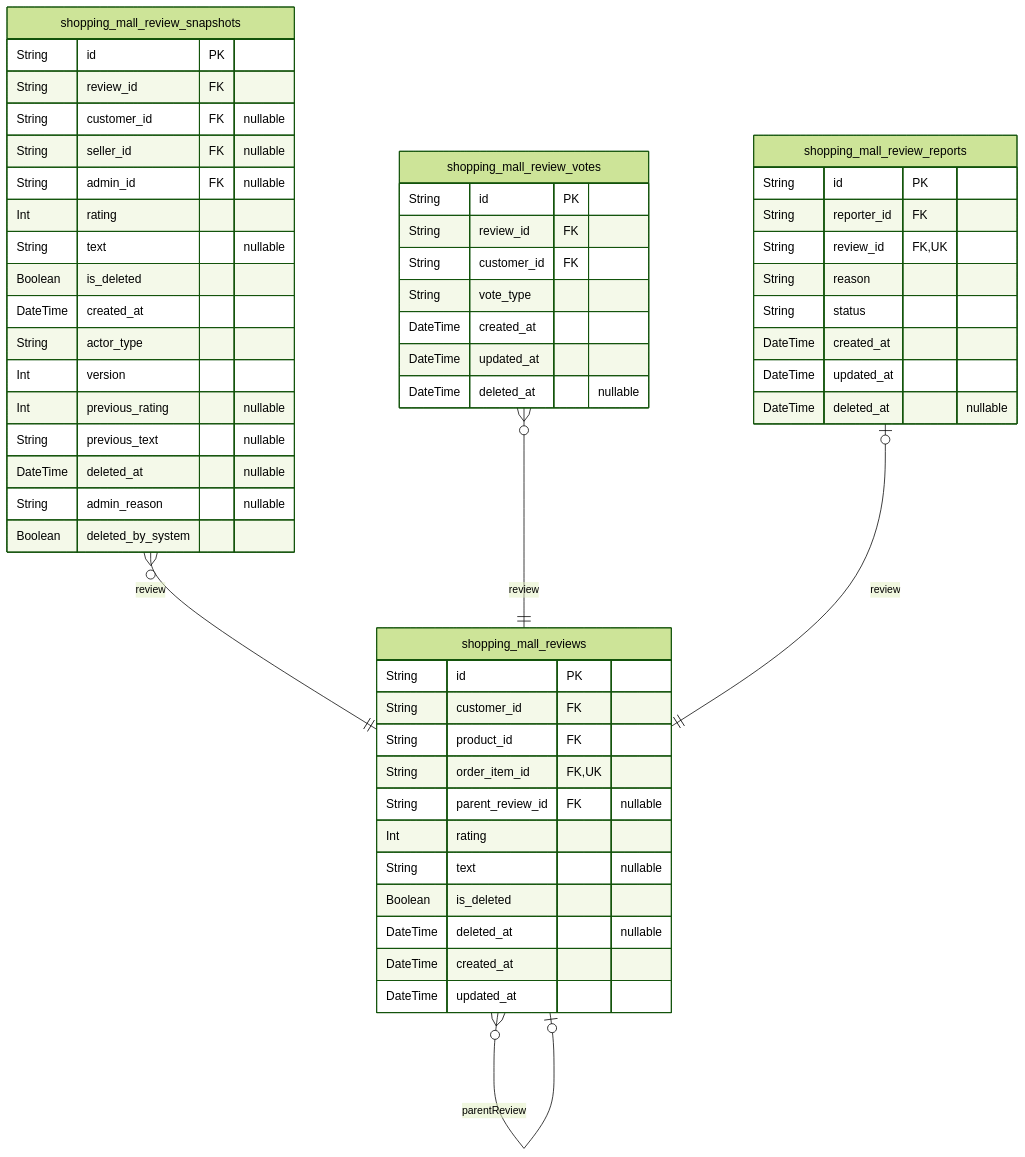
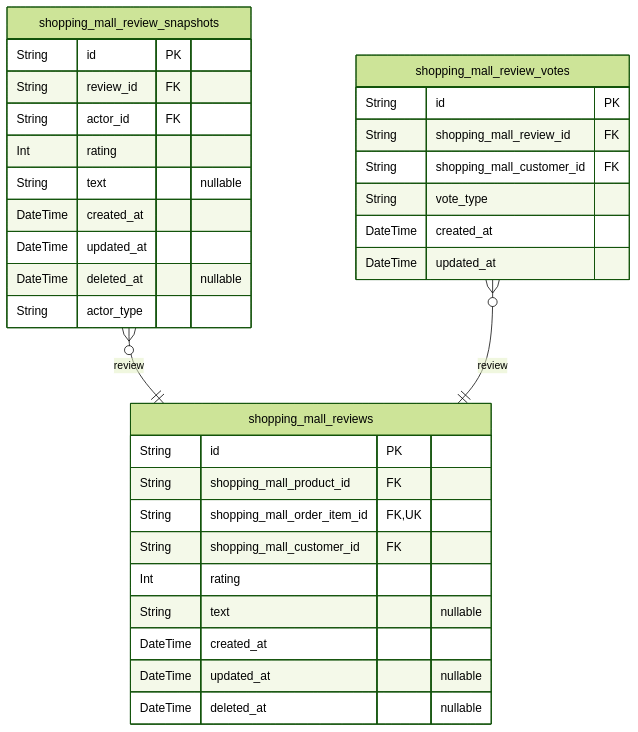
The tenth of 12 diagrams in qwen/qwen3-next-80b-a3b-instruct/shopping/docs/ERD.md (wrtnlabs/autobe-examples), drawn with Mermaid (forest theme) before and after one commit. The commit also changed other lines of this file and 11104 other files, not shown here.

````diff
--- a/qwen/qwen3-next-80b-a3b-instruct/shopping/docs/ERD.md
+++ b/qwen/qwen3-next-80b-a3b-instruct/shopping/docs/ERD.md
@@ -2149,57 +1485,35 @@
 ```mermaid
 erDiagram
 "shopping_mall_reviews" {
   String id PK
-  String customer_id FK
-  String product_id FK
-  String order_item_id FK,UK
-  String parent_review_id FK "nullable"
+  String shopping_mall_product_id FK
+  String shopping_mall_order_item_id FK,UK
+  String shopping_mall_customer_id FK
   Int rating
   String text "nullable"
-  Boolean is_deleted
+  DateTime created_at
+  DateTime updated_at "nullable"
   DateTime deleted_at "nullable"
-  DateTime created_at
-  DateTime updated_at
 }
 "shopping_mall_review_snapshots" {
   String id PK
   String review_id FK
-  String customer_id FK "nullable"
-  String seller_id FK "nullable"
-  String admin_id FK "nullable"
+  String actor_id FK
   Int rating
   String text "nullable"
-  Boolean is_deleted
   DateTime created_at
+  DateTime updated_at
+  DateTime deleted_at "nullable"
   String actor_type
-  Int version
-  Int previous_rating "nullable"
-  String previous_text "nullable"
-  DateTime deleted_at "nullable"
-  String admin_reason "nullable"
-  Boolean deleted_by_system
 }
 "shopping_mall_review_votes" {
   String id PK
-  String review_id FK
-  String customer_id FK
+  String shopping_mall_review_id FK
+  String shopping_mall_customer_id FK
   String vote_type
   DateTime created_at
   DateTime updated_at
-  DateTime deleted_at "nullable"
 }
-"shopping_mall_review_reports" {
-  String id PK
-  String reporter_id FK
-  String review_id FK,UK
-  String reason
-  String status
-  DateTime created_at
-  DateTime updated_at
-  DateTime deleted_at "nullable"
-}
-"shopping_mall_reviews" }o--o| "shopping_mall_reviews" : parentReview
 "shopping_mall_review_snapshots" }o--|| "shopping_mall_reviews" : review
 "shopping_mall_review_votes" }o--|| "shopping_mall_reviews" : review
-"shopping_mall_review_reports" |o--|| "shopping_mall_reviews" : review
 ```
````
